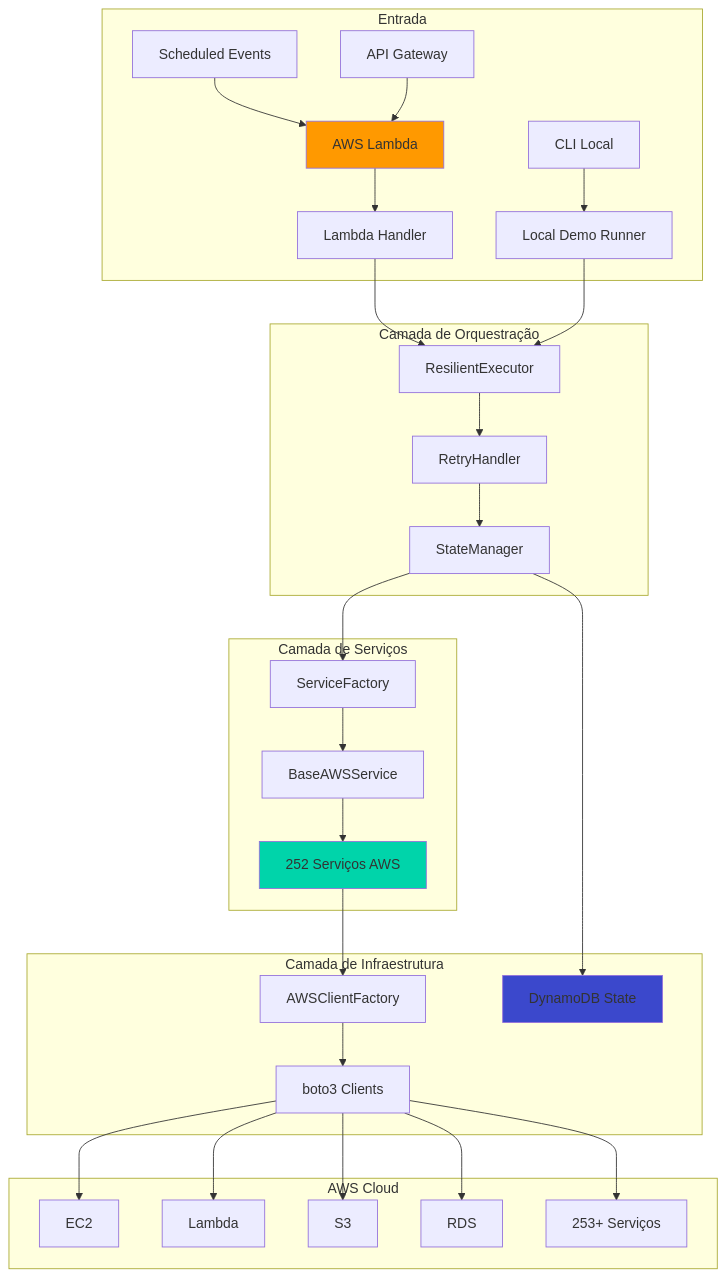
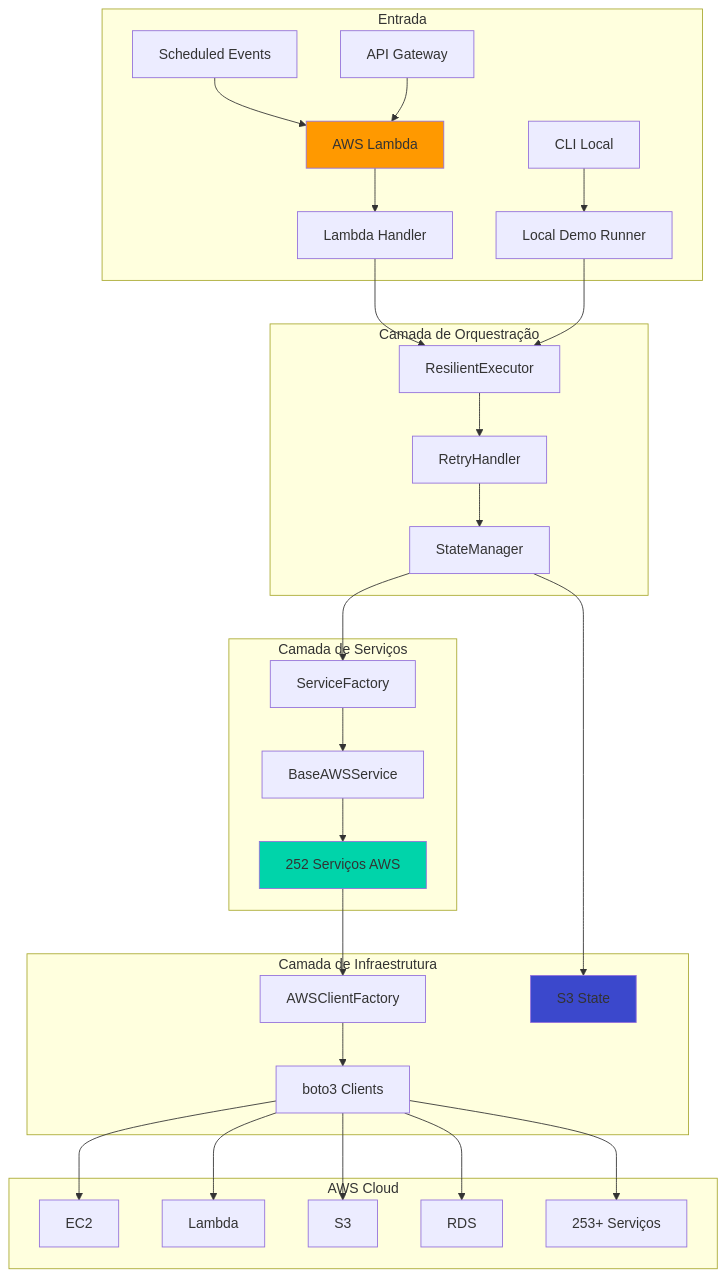
Before and after one commit to FELIPEACASTRO/finops-aws-bdr: the first of 15 diagrams in docs/TECHNICAL_GUIDE.md, drawn with Mermaid. The commit also changed other lines of this file and 4 other files, not shown here.

````diff
--- a/docs/TECHNICAL_GUIDE.md
+++ b/docs/TECHNICAL_GUIDE.md
@@ -25,40 +25,40 @@
 ```mermaid
 graph TB
     subgraph "Entrada"
         A[AWS Lambda] --> B[Lambda Handler]
         C[CLI Local] --> D[Local Demo Runner]
         E[Scheduled Events] --> A
         F[API Gateway] --> A
     end
     
     subgraph "Camada de Orquestração"
         B --> G[ResilientExecutor]
         D --> G
         G --> H[RetryHandler]
         H --> I[StateManager]
     end
     
     subgraph "Camada de Serviços"
         I --> J[ServiceFactory]
         J --> K[BaseAWSService]
         K --> L[252 Serviços AWS]
     end
     
     subgraph "Camada de Infraestrutura"
         L --> M[AWSClientFactory]
         M --> N[boto3 Clients]
-        I --> O[DynamoDB State]
+        I --> O[S3 State]
     end
     
     subgraph "AWS Cloud"
         N --> P[EC2]
         N --> Q[Lambda]
         N --> R[S3]
         N --> S[RDS]
         N --> T[253+ Serviços]
     end
     
     style A fill:#ff9900
     style L fill:#00d4aa
     style O fill:#3b48cc
 ```
````
